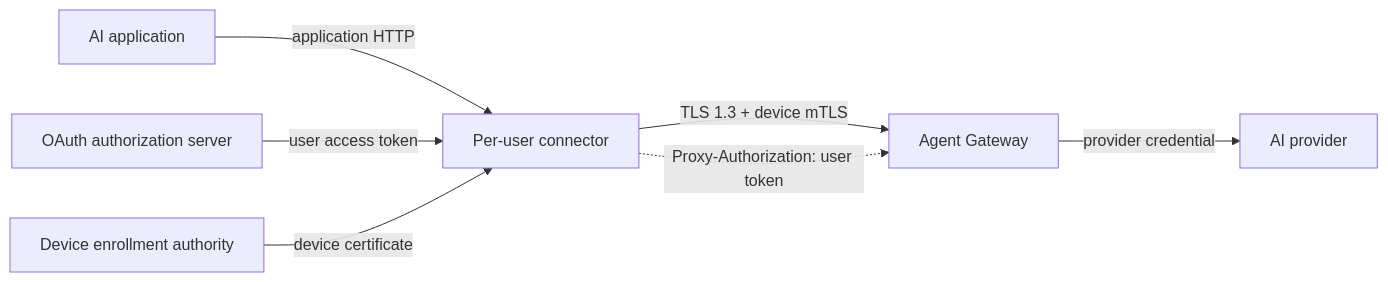
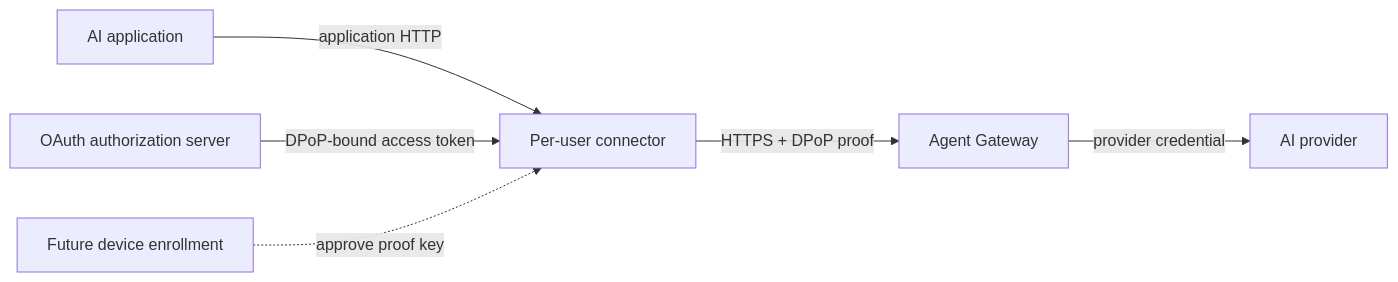
Before and after one commit to agentdesktop-dev/agentdesktop: the diagram in docs/architecture/managed-identity-v1.md, drawn with Mermaid. The commit also changed other lines of this file and 1 other file, not shown here.

Commit message:
docs(identity): adopt staged DPoP identity

````diff
--- a/docs/architecture/managed-identity-v1.md
+++ b/docs/architecture/managed-identity-v1.md
@@ -23,9 +24,8 @@
 ```mermaid
 flowchart LR
     A[AI application] -->|application HTTP| C[Per-user connector]
-    C -->|TLS 1.3 + device mTLS| G[Agent Gateway]
-    C -.->|Proxy-Authorization: user token| G
+    C -->|HTTPS + DPoP proof| G[Agent Gateway]
     G -->|provider credential| P[AI provider]
-    I[OAuth authorization server] -->|user access token| C
-    E[Device enrollment authority] -->|device certificate| C
+    I[OAuth authorization server] -->|DPoP-bound access token| C
+    E[Future device enrollment] -.->|approve proof key| C
 ```
````
